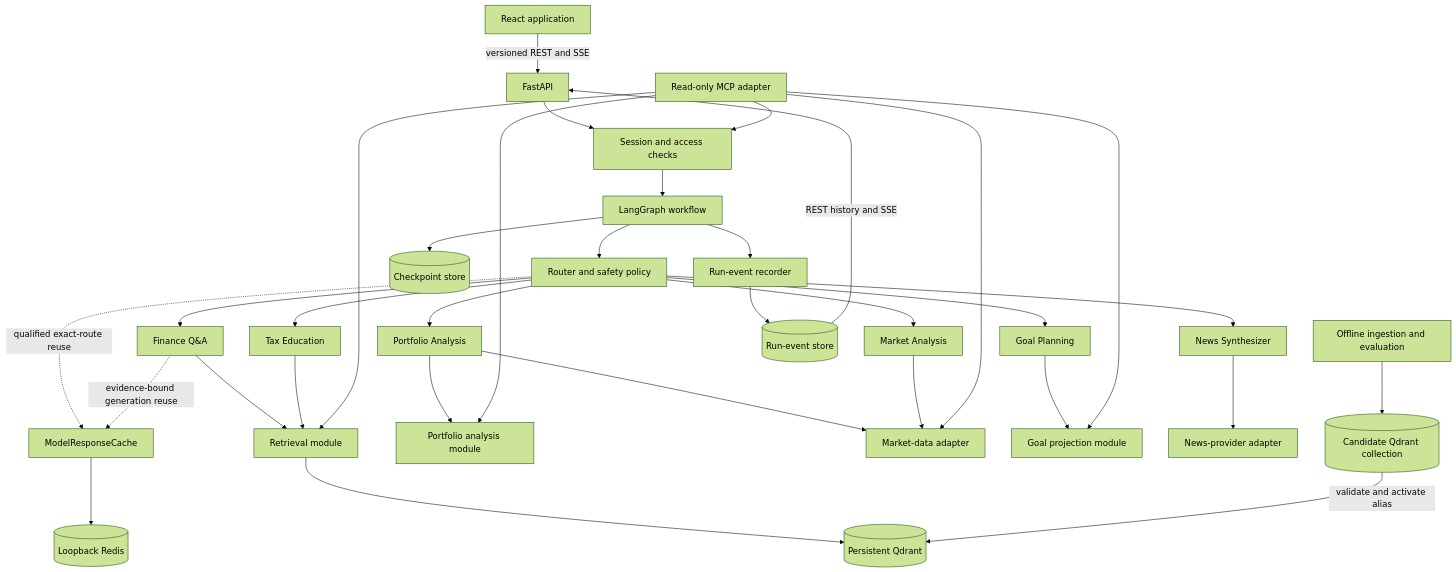
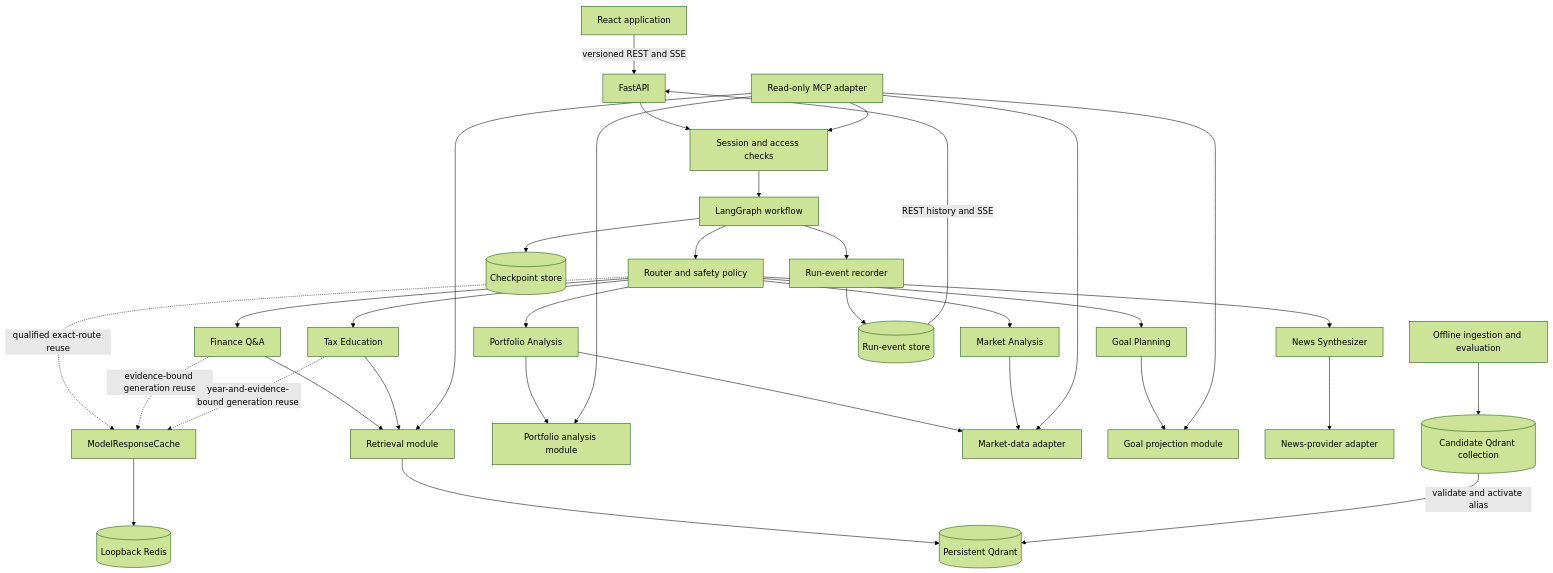
Before and after one commit to hankgalt/ai_finance_assitant: the diagram in docs/03_system_design.md, drawn with Mermaid (forest theme). The commit also changed other lines of this file and 51 other files, not shown here.

First line of the commit message:
feat(cache): add evidence-bound Redis semantic response caching

```diff
--- a/docs/03_system_design.md
+++ b/docs/03_system_design.md
@@ -18,40 +18,41 @@
 ~~~mermaid
 flowchart TD
   UI[React application] -->|versioned REST and SSE| API[FastAPI]
   API --> AUTH[Session and access checks]
   AUTH --> GRAPH[LangGraph workflow]
   GRAPH --> ROUTER[Router and safety policy]
   ROUTER --> QA[Finance Q&A]
   ROUTER --> PORT[Portfolio Analysis]
   ROUTER --> MARKET[Market Analysis]
   ROUTER --> GOAL[Goal Planning]
   ROUTER --> NEWS[News Synthesizer]
   ROUTER --> TAX[Tax Education]
 
   QA --> RET[Retrieval module]
   TAX --> RET
   RET --> QD[(Persistent Qdrant)]
   ROUTER -. qualified exact-route reuse .-> RC[ModelResponseCache]
   QA -. evidence-bound generation reuse .-> RC
+  TAX -. year-and-evidence-bound generation reuse .-> RC
   RC --> REDIS[(Loopback Redis)]
 
   PORT --> PM[Portfolio analysis module]
   PORT --> MDP[Market-data adapter]
   MARKET --> MDP
   GOAL --> GP[Goal projection module]
   NEWS --> NP[News-provider adapter]
 
   GRAPH --> CP[(Checkpoint store)]
   GRAPH --> EVENTS[Run-event recorder]
   EVENTS --> RS[(Run-event store)]
   RS -->|REST history and SSE| API
 
   INGEST[Offline ingestion and evaluation] --> CANDIDATE[(Candidate Qdrant collection)]
   CANDIDATE -->|validate and activate alias| QD
 
   MCP[Read-only MCP adapter] --> AUTH
   MCP --> RET
   MCP --> PM
   MCP --> GP
   MCP --> MDP
 ~~~
```
